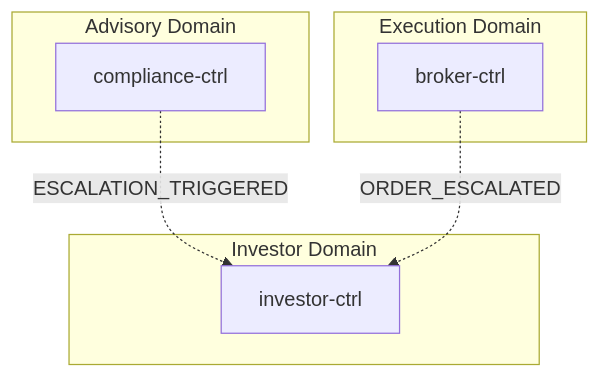
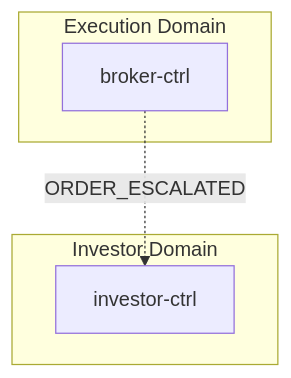
The first of 2 diagrams in docs/data-flows/incident-escalation.md (fabio-vitali/nestfolio), drawn with Mermaid before and after one commit. The commit also changed other lines of this file and 2 other files, not shown here.

First line of the commit message:
docs(flows): incident-escalation Path B removed, Path C functional end-to-end

````diff
--- a/docs/data-flows/incident-escalation.md
+++ b/docs/data-flows/incident-escalation.md
@@ -11,14 +11,10 @@
 ```mermaid
 flowchart TD
-    subgraph advisory["Advisory Domain"]
-        compliance_ctrl["compliance-ctrl"]
-    end
     subgraph execution["Execution Domain"]
         broker_ctrl["broker-ctrl"]
     end
     subgraph investor["Investor Domain"]
         investor_ctrl["investor-ctrl"]
     end
-    compliance_ctrl -.->|"ESCALATION_TRIGGERED"| investor_ctrl
     broker_ctrl -.->|"ORDER_ESCALATED"| investor_ctrl
 ```
````
